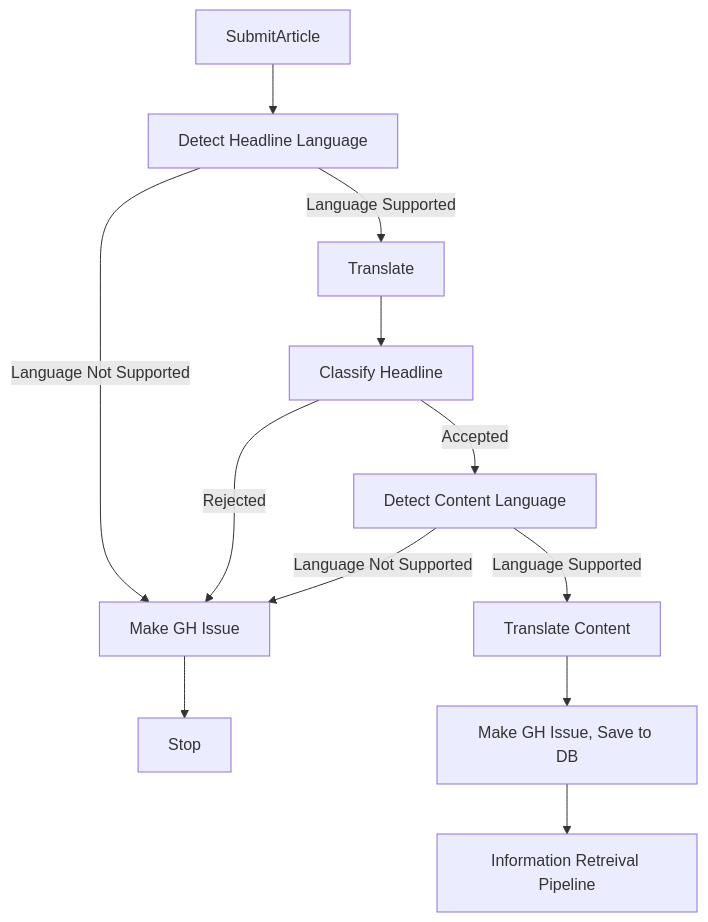
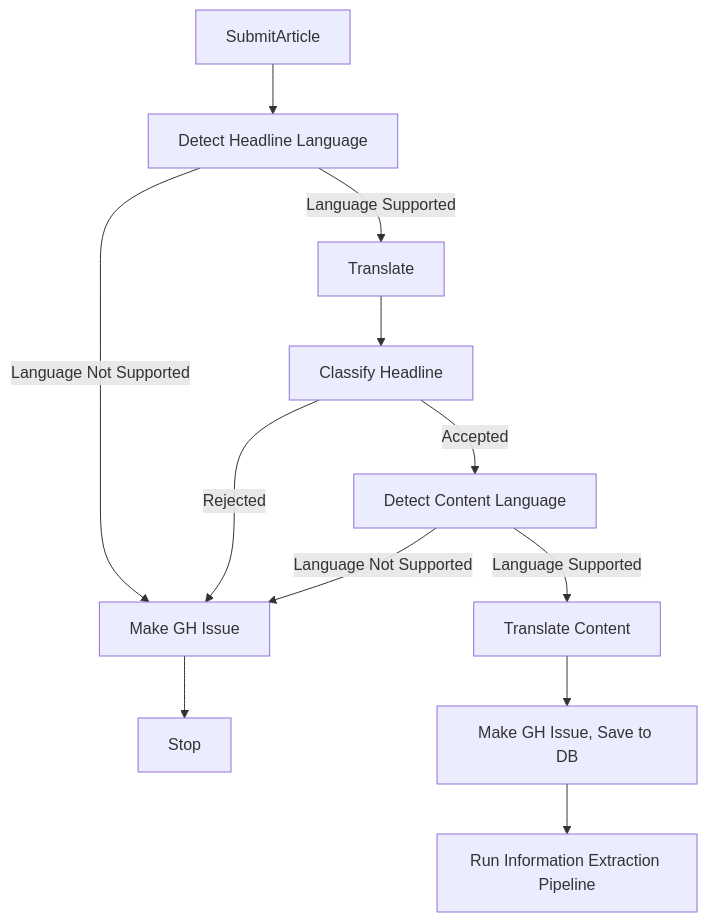
One commit to armsp/AIFU changed the third of 4 diagrams in README.md. Above: the diagram before and after it, drawn with Mermaid. The commit also changed other lines of this file, not shown here.

````diff
--- a/README.md
+++ b/README.md
@@ -144,10 +147,10 @@
 ```mermaid
 flowchart TB
     SubmitArticle --> A[Detect Headline Language] --> |Language Supported| B[Translate]
     A --> |Language Not Supported| C[Make GH Issue] --> Stop
     B --> D[Classify Headline] --> |Accepted|E[Detect Content Language]
     D --> |Rejected|C 
     E --> |Language Not Supported| C
     E --> |Language Supported| H[Translate Content]
-    H --> F[Make GH Issue, Save to DB] --> J[Information Retreival Pipeline] 
+    H --> F[Make GH Issue, Save to DB] --> J[Run Information Extraction Pipeline] 
 ```
````
